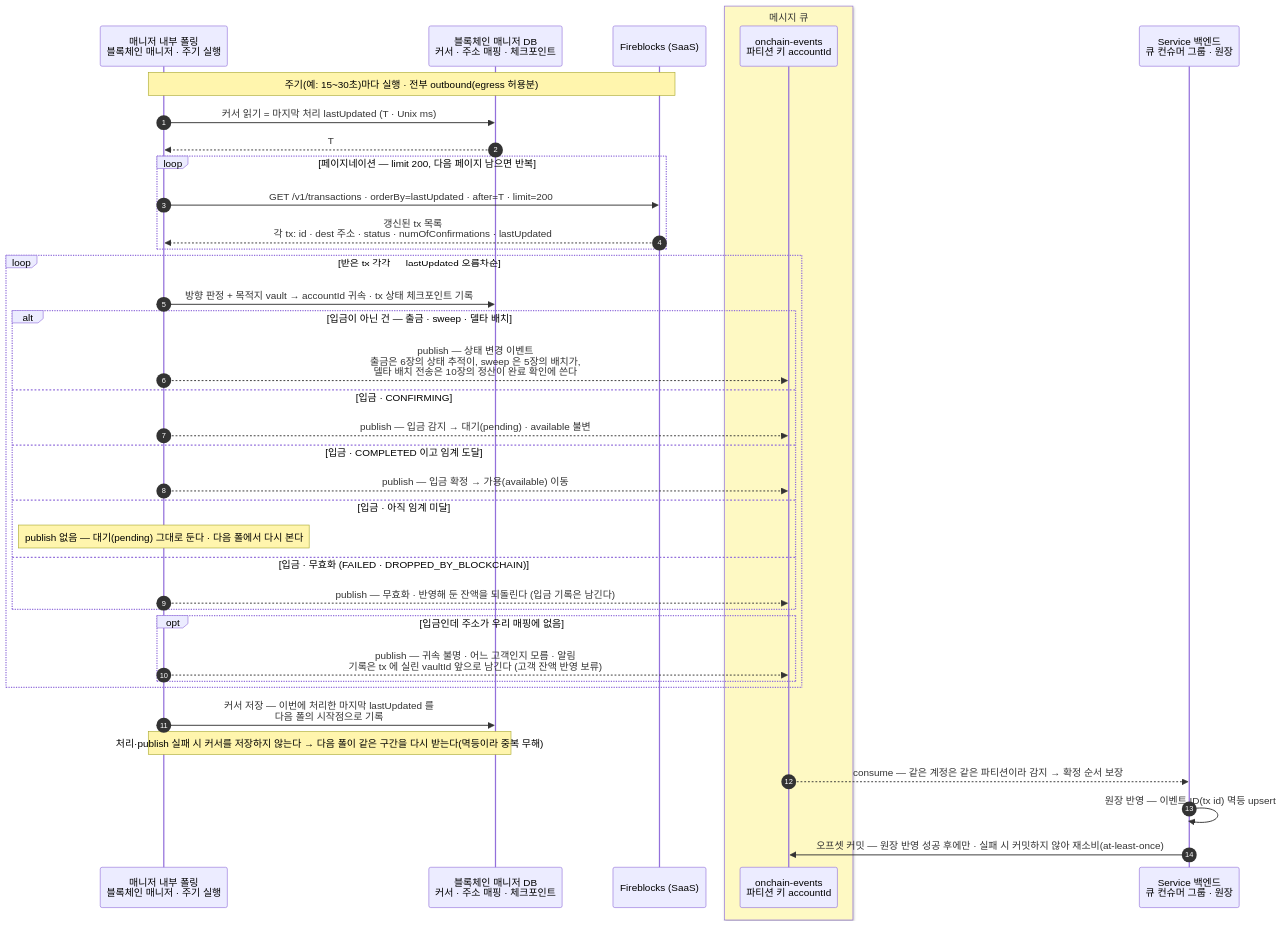
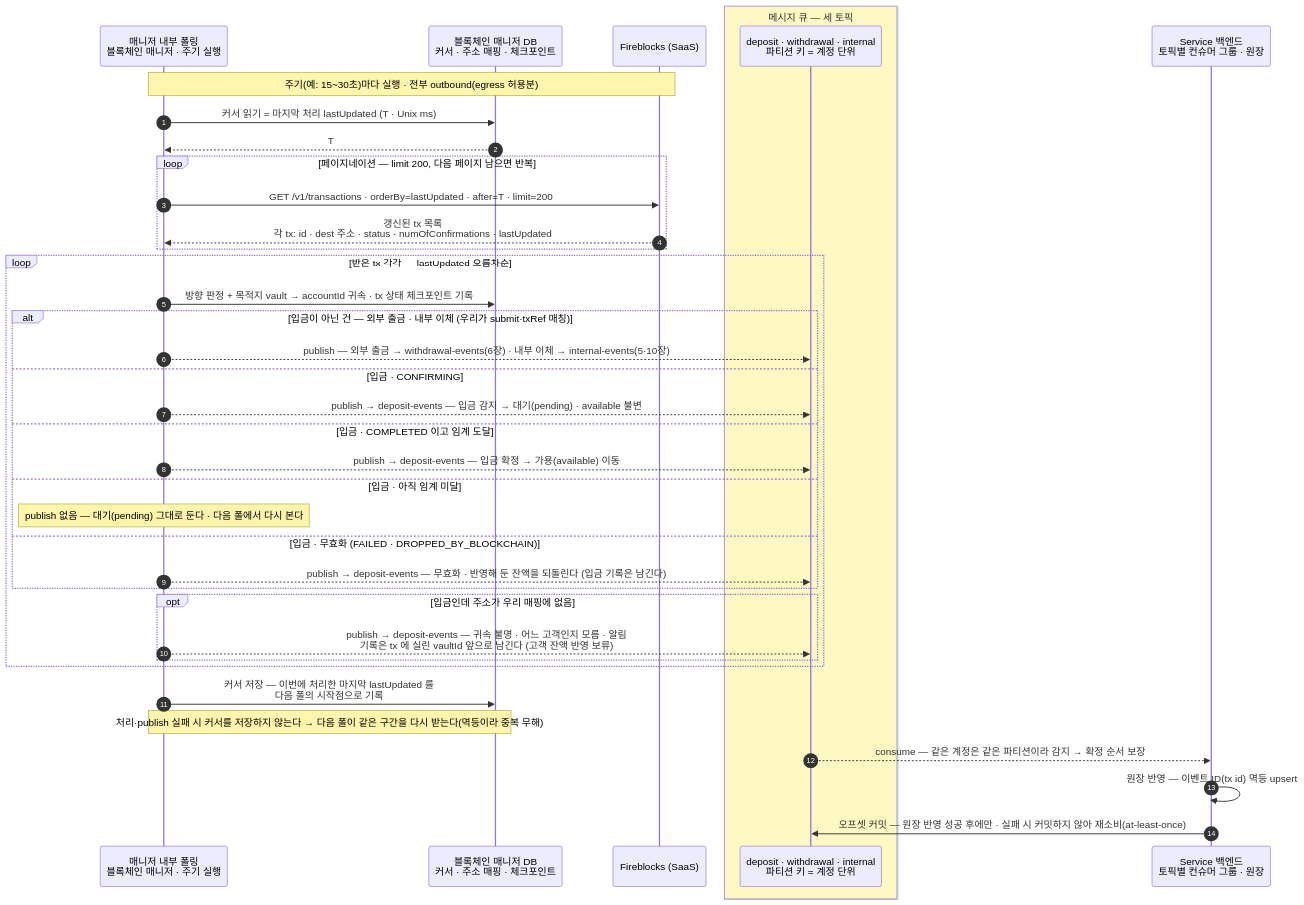
The first of 2 diagrams in blockchain-manager/docs/블록체인매니저/설계/04-detect-confirm.md (eunsujeo/eunpus), drawn with Mermaid before and after one commit. The commit also changed other lines of this file and 6 other files, not shown here.

````diff
--- a/blockchain-manager/docs/블록체인매니저/설계/04-detect-confirm.md
+++ b/blockchain-manager/docs/블록체인매니저/설계/04-detect-confirm.md
@@ -58,45 +69,45 @@
 ```mermaid
 sequenceDiagram
     autonumber
     participant SUB as 매니저 내부 폴링<br/>블록체인 매니저 · 주기 실행
     participant MDB as 블록체인 매니저 DB<br/>커서 · 주소 매핑 · 체크포인트
     participant FB as Fireblocks (SaaS)
-    box rgb(254,249,195) 메시지 큐
-    participant MQ as onchain-events<br/>파티션 키 accountId
+    box rgb(254,249,195) 메시지 큐 — 세 토픽
+    participant MQ as deposit · withdrawal · internal<br/>파티션 키 = 계정 단위
     end
-    participant BE as Service 백엔드<br/>큐 컨슈머 그룹 · 원장
+    participant BE as Service 백엔드<br/>토픽별 컨슈머 그룹 · 원장
 
     Note over SUB,FB: 주기(예: 15~30초)마다 실행 · 전부 outbound(egress 허용분)
     SUB->>MDB: 커서 읽기 = 마지막 처리 lastUpdated (T · Unix ms)
     MDB-->>SUB: T
 
     loop 페이지네이션 — limit 200, 다음 페이지 남으면 반복
         SUB->>FB: GET /v1/transactions · orderBy=lastUpdated · after=T · limit=200
         FB-->>SUB: 갱신된 tx 목록<br/>각 tx: id · dest 주소 · status · numOfConfirmations · lastUpdated
     end
 
     loop 받은 tx 각각 — lastUpdated 오름차순
         SUB->>MDB: 방향 판정 + 목적지 vault → accountId 귀속 · tx 상태 체크포인트 기록
-        alt 입금이 아닌 건 — 출금 · sweep · 델타 배치
-            SUB-->>MQ: publish — 상태 변경 이벤트<br/>출금은 6장의 상태 추적이, sweep 은 5장의 배치가,<br/>델타 배치 전송은 10장의 정산이 완료 확인에 쓴다
+        alt 입금이 아닌 건 — 외부 출금 · 내부 이체 (우리가 submit·txRef 매칭)
+            SUB-->>MQ: publish — 외부 출금 → withdrawal-events(6장) · 내부 이체 → internal-events(5·10장)
         else 입금 · CONFIRMING
-            SUB-->>MQ: publish — 입금 감지 → 대기(pending) · available 불변
+            SUB-->>MQ: publish → deposit-events — 입금 감지 → 대기(pending) · available 불변
         else 입금 · COMPLETED 이고 임계 도달
-            SUB-->>MQ: publish — 입금 확정 → 가용(available) 이동
+            SUB-->>MQ: publish → deposit-events — 입금 확정 → 가용(available) 이동
         else 입금 · 아직 임계 미달
             Note over SUB: publish 없음 — 대기(pending) 그대로 둔다 · 다음 폴에서 다시 본다
         else 입금 · 무효화 (FAILED · DROPPED_BY_BLOCKCHAIN)
-            SUB-->>MQ: publish — 무효화 · 반영해 둔 잔액을 되돌린다 (입금 기록은 남긴다)
+            SUB-->>MQ: publish → deposit-events — 무효화 · 반영해 둔 잔액을 되돌린다 (입금 기록은 남긴다)
         end
         opt 입금인데 주소가 우리 매핑에 없음
-            SUB-->>MQ: publish — 귀속 불명 · 어느 고객인지 모름 · 알림<br/>기록은 tx 에 실린 vaultId 앞으로 남긴다 (고객 잔액 반영 보류)
+            SUB-->>MQ: publish → deposit-events — 귀속 불명 · 어느 고객인지 모름 · 알림<br/>기록은 tx 에 실린 vaultId 앞으로 남긴다 (고객 잔액 반영 보류)
         end
     end
 
     SUB->>MDB: 커서 저장 — 이번에 처리한 마지막 lastUpdated 를<br/>다음 폴의 시작점으로 기록
     Note over SUB,MDB: 처리·publish 실패 시 커서를 저장하지 않는다 → 다음 폴이 같은 구간을 다시 받는다(멱등이라 중복 무해)
 
     MQ-->>BE: consume — 같은 계정은 같은 파티션이라 감지 → 확정 순서 보장
     BE->>BE: 원장 반영 — 이벤트 ID(tx id) 멱등 upsert
     BE->>MQ: 오프셋 커밋 — 원장 반영 성공 후에만 · 실패 시 커밋하지 않아 재소비(at-least-once)
 ```
````
